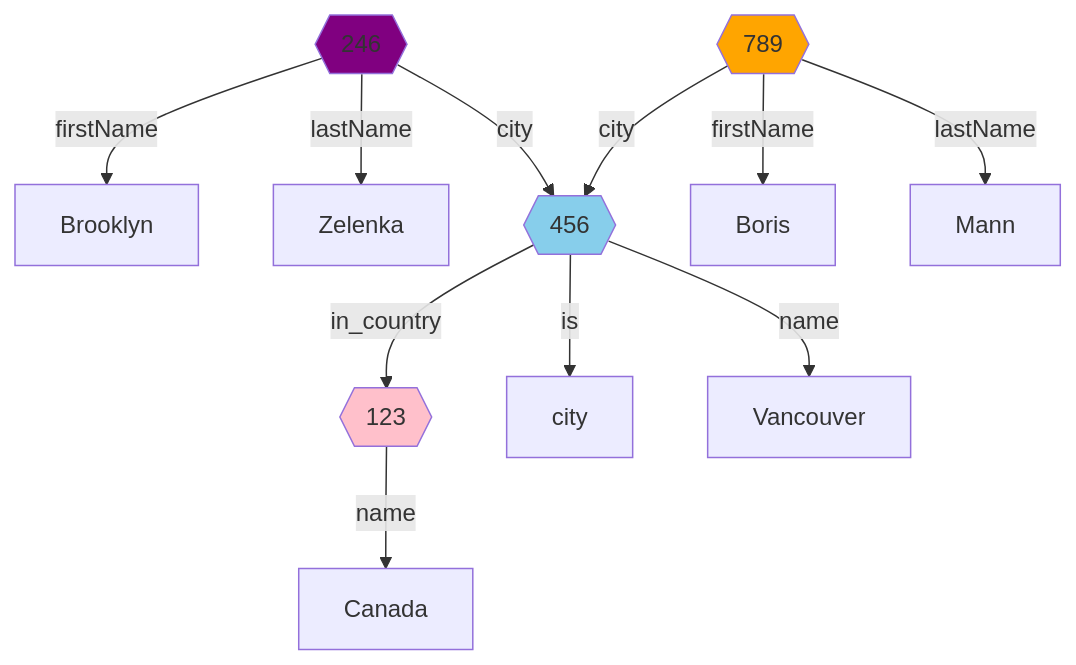
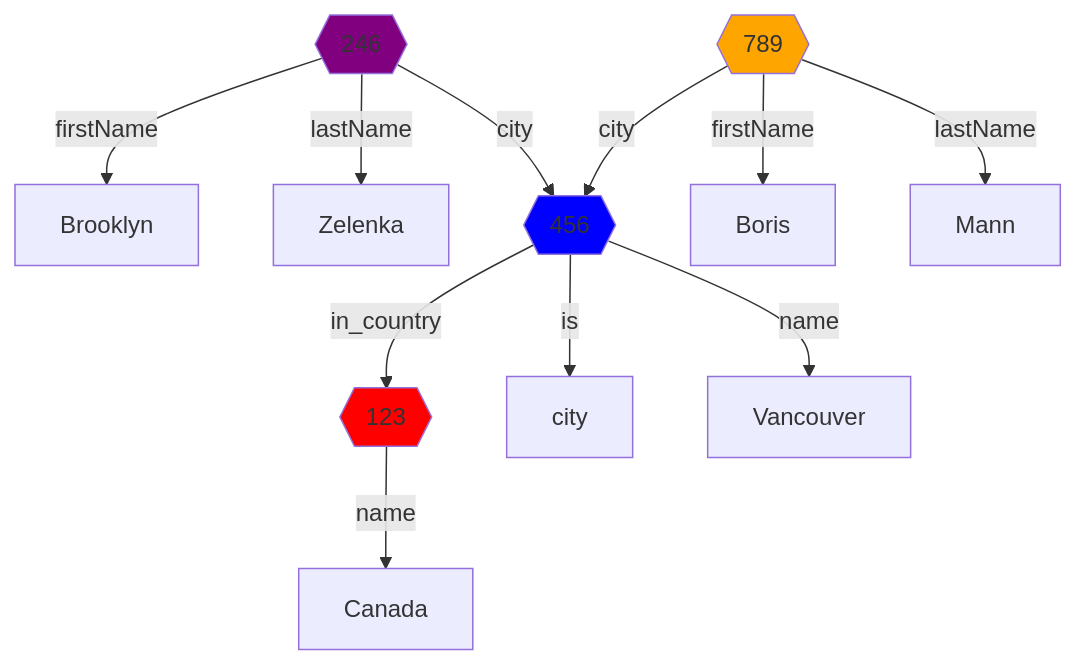
One commit to RhizomeDB/spec changed the first of 2 diagrams in README.md. Above: the diagram before and after it, drawn with Mermaid.

Commit message:
Better colours

````diff
--- a/README.md
+++ b/README.md
@@ -266,21 +266,21 @@
 ``` mermaid
 flowchart TB
     entityCA{{123}} -- name --> Canada
 
     entityBZ{{246}} -- firstName --> Brooklyn
     entityBZ -- lastName --> Zelenka
     entityBZ -- city --> entityVC
 
     entityBM{{789}} -- firstName --> Boris
     entityBM -- lastName --> Mann
     entityBM -- city --> entityVC
 
         entityVC{{456}} -- is --> city
     entityVC -- name --> Vancouver
     entityVC -- in_country --> entityCA
 
     style entityBM fill:orange
     style entityBZ fill:purple
-    style entityVC fill:skyblue
-    style entityCA fill:pink
+    style entityVC fill:blue
+    style entityCA fill:red
 ```
````
